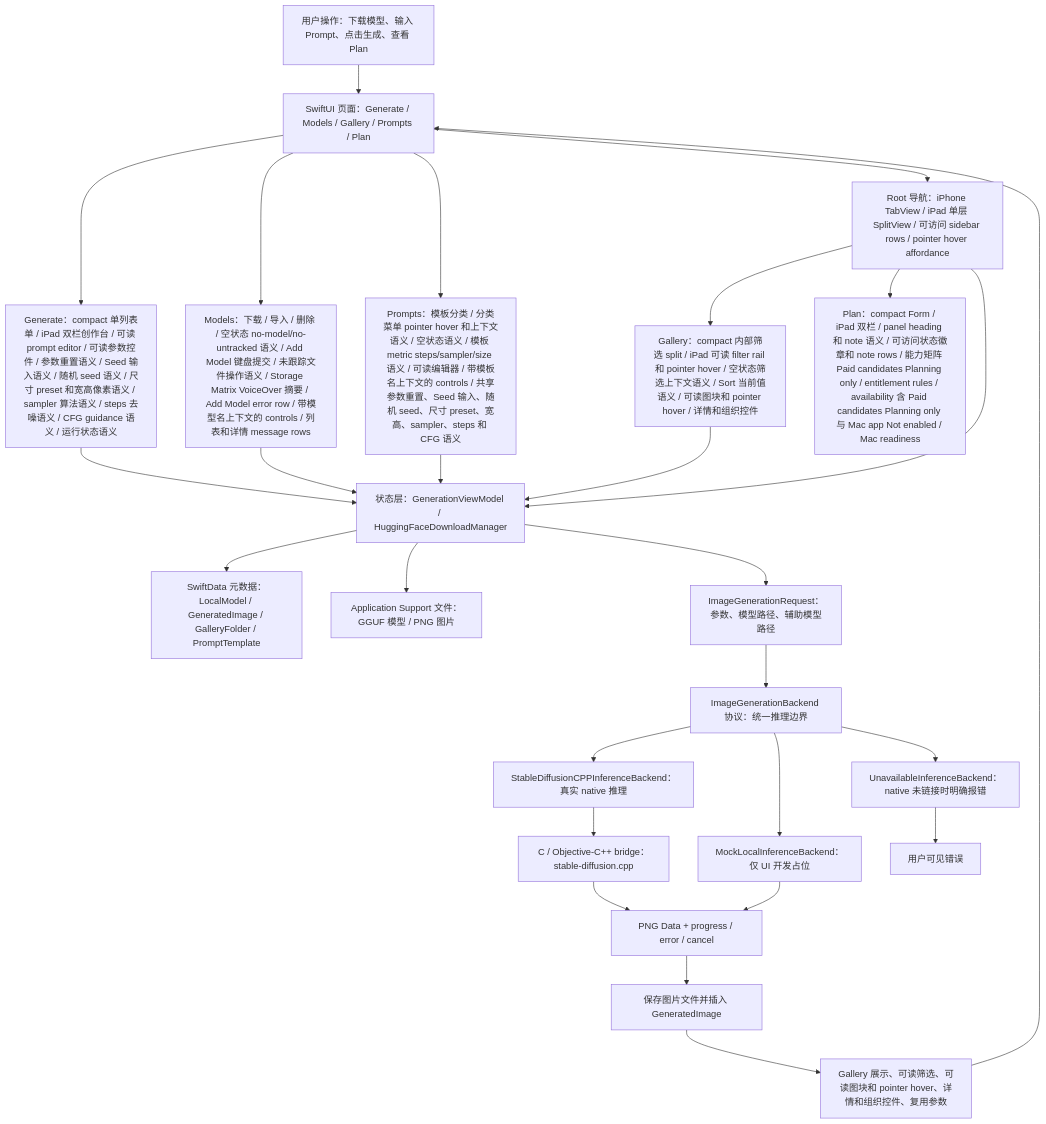
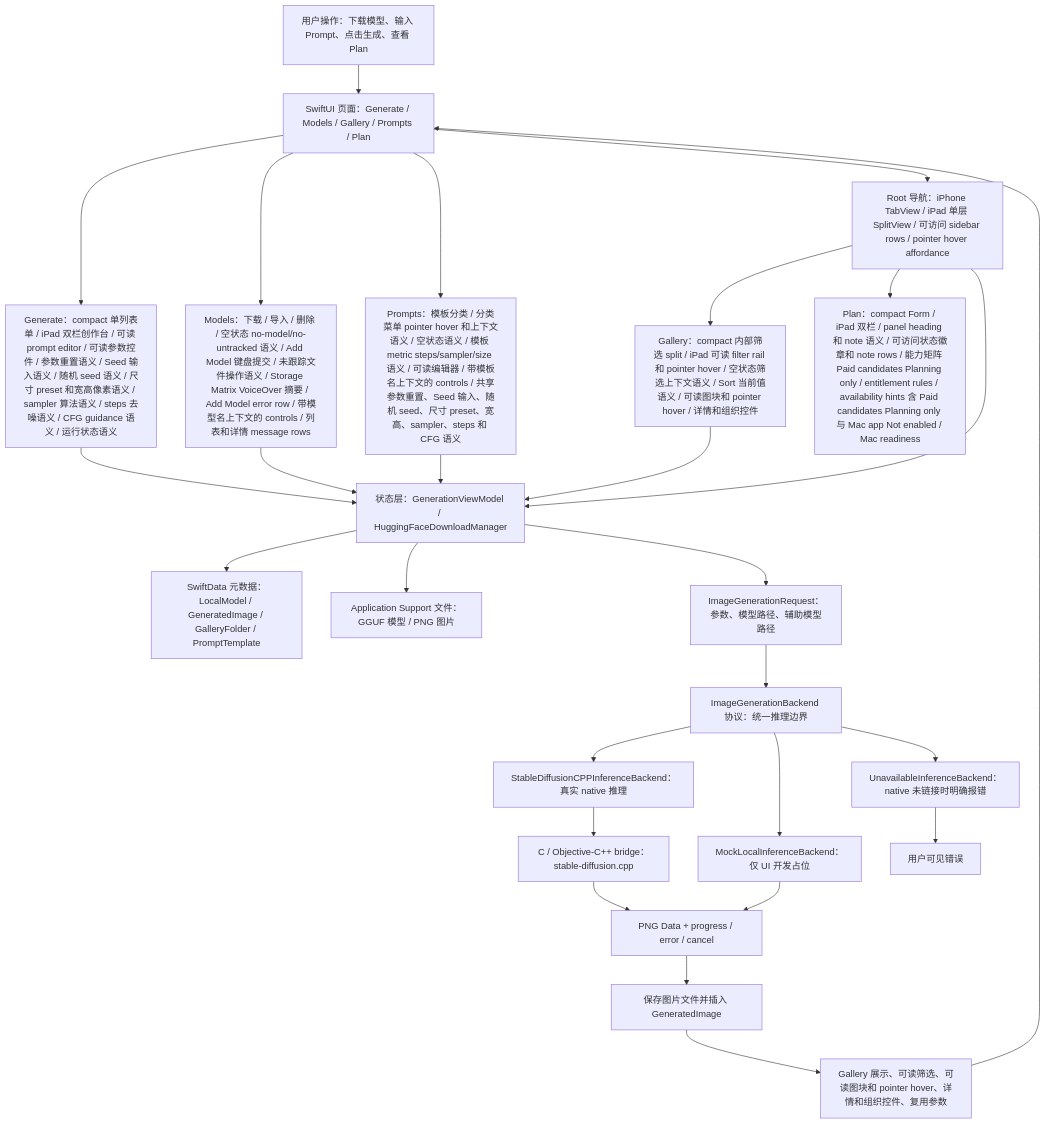
One commit to Altman-sam114/118 changed the first of 7 diagrams in md/flow/flowchart.md. Above: the diagram before and after it, drawn with Mermaid. The commit also changed 5 other files, not shown here.

First line of the commit message:
v1.53: Plan availability accessibility

````diff
--- a/md/flow/flowchart.md
+++ b/md/flow/flowchart.md
@@ -9,29 +9,29 @@
 ```mermaid
 flowchart TD
   U["用户操作：下载模型、输入 Prompt、点击生成、查看 Plan"] --> UI["SwiftUI 页面：Generate / Models / Gallery / Prompts / Plan"]
   UI --> GENUI["Generate：compact 单列表单 / iPad 双栏创作台 / 可读 prompt editor / 可读参数控件 / 参数重置语义 / Seed 输入语义 / 随机 seed 语义 / 尺寸 preset 和宽高像素语义 / sampler 算法语义 / steps 去噪语义 / CFG guidance 语义 / 运行状态语义"]
   UI --> MODELUI["Models：下载 / 导入 / 删除 / 空状态 no-model/no-untracked 语义 / Add Model 键盘提交 / 未跟踪文件操作语义 / Storage Matrix VoiceOver 摘要 / Add Model error row / 带模型名上下文的 controls / 列表和详情 message rows"]
   UI --> PROMPTUI["Prompts：模板分类 / 分类菜单 pointer hover 和上下文语义 / 空状态语义 / 模板 metric steps/sampler/size 语义 / 可读编辑器 / 带模板名上下文的 controls / 共享参数重置、Seed 输入、随机 seed、尺寸 preset、宽高、sampler、steps 和 CFG 语义"]
   UI --> NAV["Root 导航：iPhone TabView / iPad 单层 SplitView / 可访问 sidebar rows / pointer hover affordance"]
   NAV --> GALUI["Gallery：compact 内部筛选 split / iPad 可读 filter rail 和 pointer hover / 空状态筛选上下文语义 / Sort 当前值语义 / 可读图块和 pointer hover / 详情和组织控件"]
-  NAV --> PLANUI["Plan：compact Form / iPad 双栏 / panel heading 和 note 语义 / 可访问状态徽章和 note rows / 能力矩阵 Paid candidates Planning only / entitlement rules / availability 含 Paid candidates Planning only 与 Mac app Not enabled / Mac readiness"]
+  NAV --> PLANUI["Plan：compact Form / iPad 双栏 / panel heading 和 note 语义 / 可访问状态徽章和 note rows / 能力矩阵 Paid candidates Planning only / entitlement rules / availability hints 含 Paid candidates Planning only 与 Mac app Not enabled / Mac readiness"]
   NAV --> VM["状态层：GenerationViewModel / HuggingFaceDownloadManager"]
   GENUI --> VM
   MODELUI --> VM
   PROMPTUI --> VM
   GALUI --> VM
   VM --> SD["SwiftData 元数据：LocalModel / GeneratedImage / GalleryFolder / PromptTemplate"]
   VM --> FS["Application Support 文件：GGUF 模型 / PNG 图片"]
   VM --> REQ["ImageGenerationRequest：参数、模型路径、辅助模型路径"]
   REQ --> IFACE["ImageGenerationBackend 协议：统一推理边界"]
   IFACE --> NATIVE["StableDiffusionCPPInferenceBackend：真实 native 推理"]
   IFACE --> MOCK["MockLocalInferenceBackend：仅 UI 开发占位"]
   IFACE --> OFF["UnavailableInferenceBackend：native 未链接时明确报错"]
   NATIVE --> BRIDGE["C / Objective-C++ bridge：stable-diffusion.cpp"]
   BRIDGE --> PNG["PNG Data + progress / error / cancel"]
   MOCK --> PNG
   OFF --> ERR["用户可见错误"]
   PNG --> SAVE["保存图片文件并插入 GeneratedImage"]
   SAVE --> GALLERY["Gallery 展示、可读筛选、可读图块和 pointer hover、详情和组织控件、复用参数"]
   GALLERY --> UI
 ```
````
